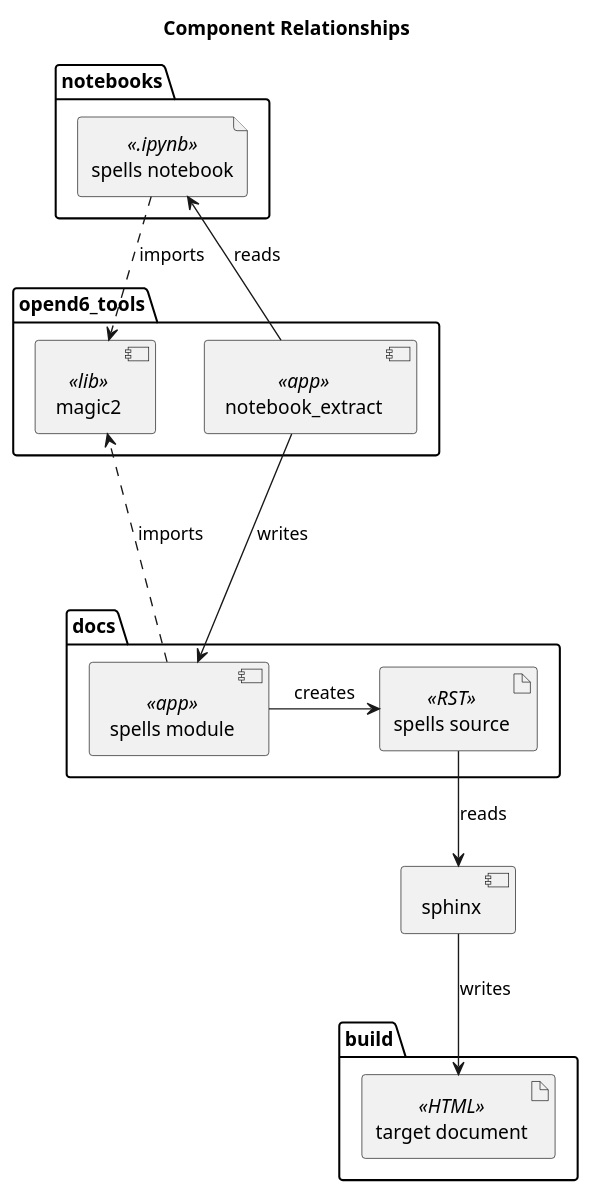
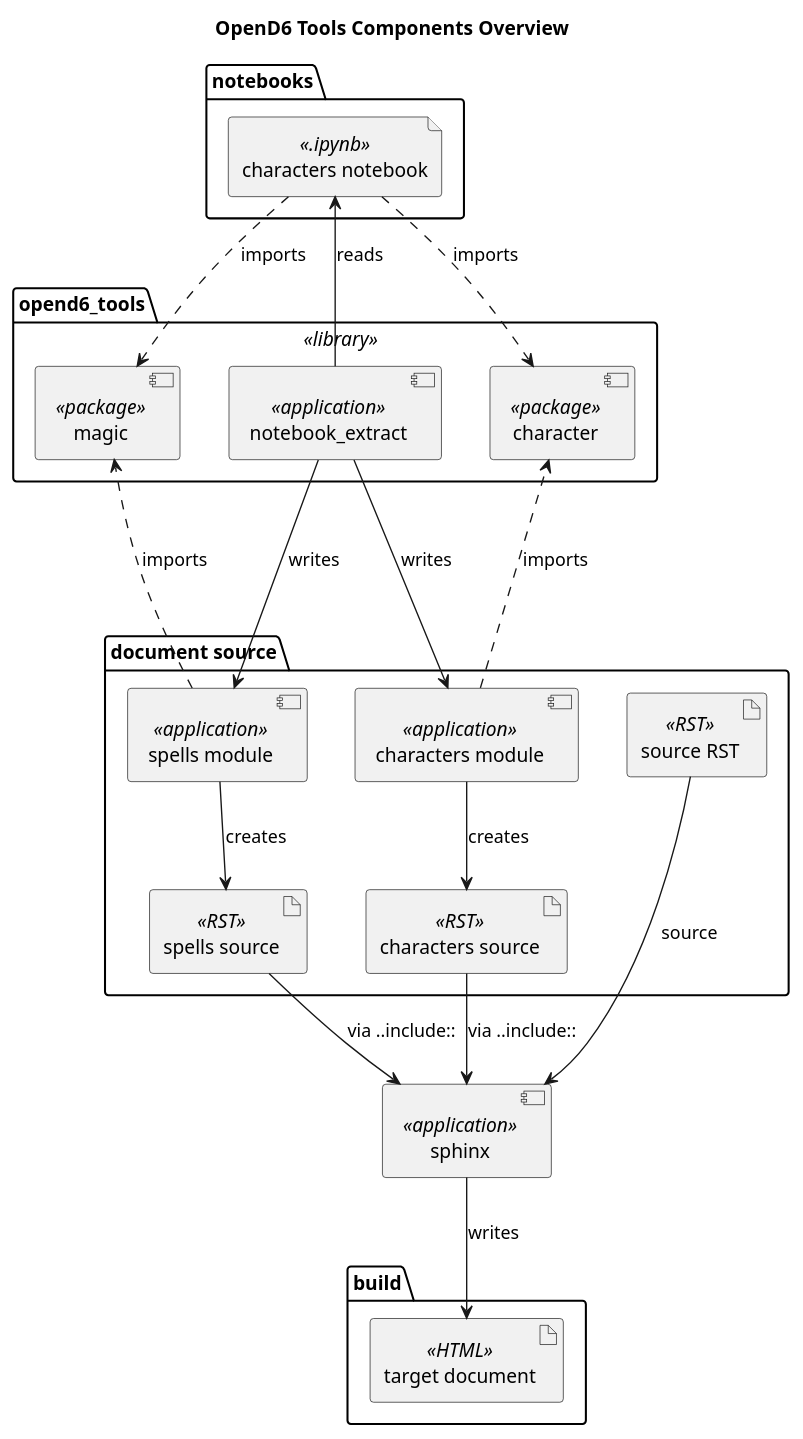
One commit to slott56/opend6-tools changed the third of 4 diagrams in docs/architecture.rst. Above: the diagram before and after it, drawn with PlantUML. The commit also changed other lines of this file and 589 other files, not shown here.

Commit message:
OpenD6 DSLs and Tools version 2026.06.27

```diff
--- a/docs/architecture.rst
+++ b/docs/architecture.rst
@@ -351,37 +254,48 @@
 ..  uml::
 
     @startuml
-        'https://plantuml.com/component-diagram
+    'https://plantuml.com/component-diagram
 
-    title Component Relationships
+    title OpenD6 Tools Components Overview
 
-    folder opend6_tools {
-    component magic2 <<lib>>
-    component notebook_extract <<app>>
+    folder opend6_tools <<library>> {
+    component magic <<package>>
+    component character <<package>>
+    component notebook_extract <<application>>
     }
 
     folder notebooks {
         file "spells notebook" as nb <<.ipynb>>
-        nb ..> magic2 : "imports"
+        nb ..> magic : "imports"
+        file "characters notebook" as nb <<.ipynb>>
+        nb ..> character : "imports"
     }
 
-    folder docs {
-        component "spells module" as py <<app>>
-        py ..> magic2 : "imports"
-        artifact "spells source" as rst <<RST>>
-        py -> rst : "creates"
+    folder "document source" {
+        component "spells module" as spells <<application>>
+        spells ..> magic : "imports"
+        artifact "spells source" as spellsrst <<RST>>
+        spells --> spellsrst : "creates"
+        component "characters module" as chars <<application>>
+        chars ..> character : "imports"
+        artifact "characters source" as charrst <<RST>>
+        chars --> charrst : "creates"
+        artifact "source RST" as srcrst <<RST>>
     }
 
     folder build {
         artifact "target document" as doc <<HTML>>
     }
 
     nb <-- notebook_extract : "reads"
-    notebook_extract ---> py : "writes"
+    notebook_extract ---> spells : "writes"
+    notebook_extract ---> chars : "writes"
 
-    component sphinx
+    component sphinx <<application>>
 
-    rst --> sphinx : "reads"
+    spellsrst --> sphinx : "via ..include::"
+    charrst --> sphinx : "via ..include::"
+    srcrst --> sphinx : "source"
     sphinx --> doc : "writes"
 
     @enduml
```
